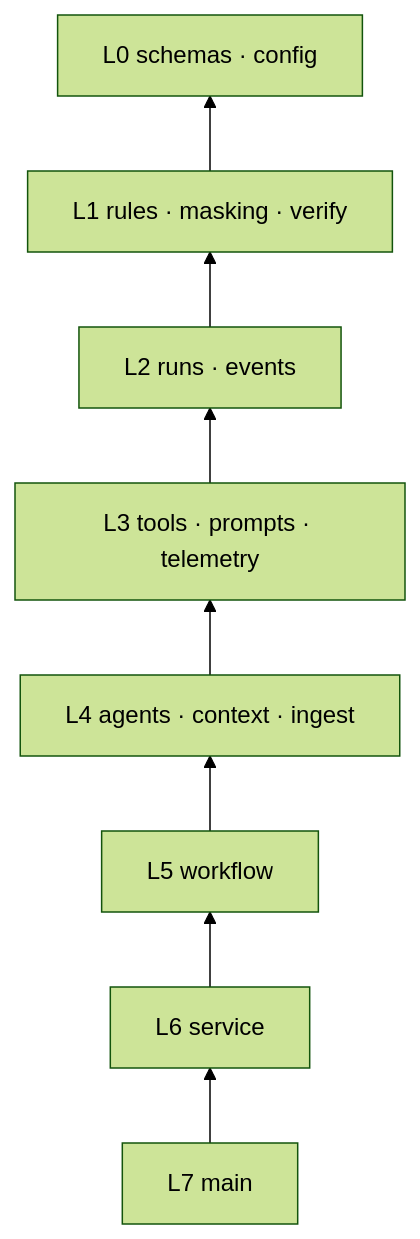
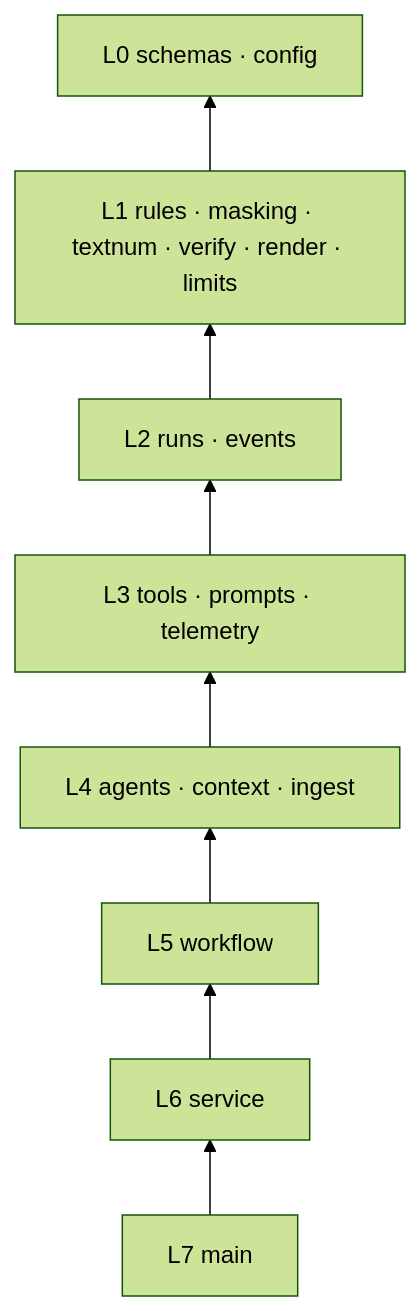
Before and after one commit to yoobinkim541/hackathon-cheongdo: the first of 5 diagrams in _bmad-output/planning-artifacts/architecture/architecture-동행노트-2026-11-05/ARCHITECTURE-SPINE.md, drawn with Mermaid (forest theme). The commit also changed other lines of this file and 4 other files, not shown here.

First line of the commit message:
Finalize backend architecture spine with reviewer fixes

````diff
--- a/_bmad-output/planning-artifacts/architecture/architecture-동행노트-2026-11-05/ARCHITECTURE-SPINE.md
+++ b/_bmad-output/planning-artifacts/architecture/architecture-동행노트-2026-11-05/ARCHITECTURE-SPINE.md
@@ -36,18 +36,18 @@
 ```mermaid
 flowchart BT
   schemas[L0 schemas · config]
-  core[L1 rules · masking · verify]
+  core[L1 rules · masking · textnum · verify · render · limits]
   state[L2 runs · events]
   tools[L3 tools · prompts · telemetry]
   agents[L4 agents · context · ingest]
   wf[L5 workflow]
   svc[L6 service]
   api[L7 main]
   core --> schemas
   state --> core
   tools --> state
   agents --> tools
   wf --> agents
   svc --> wf
   api --> svc
 ```
````
